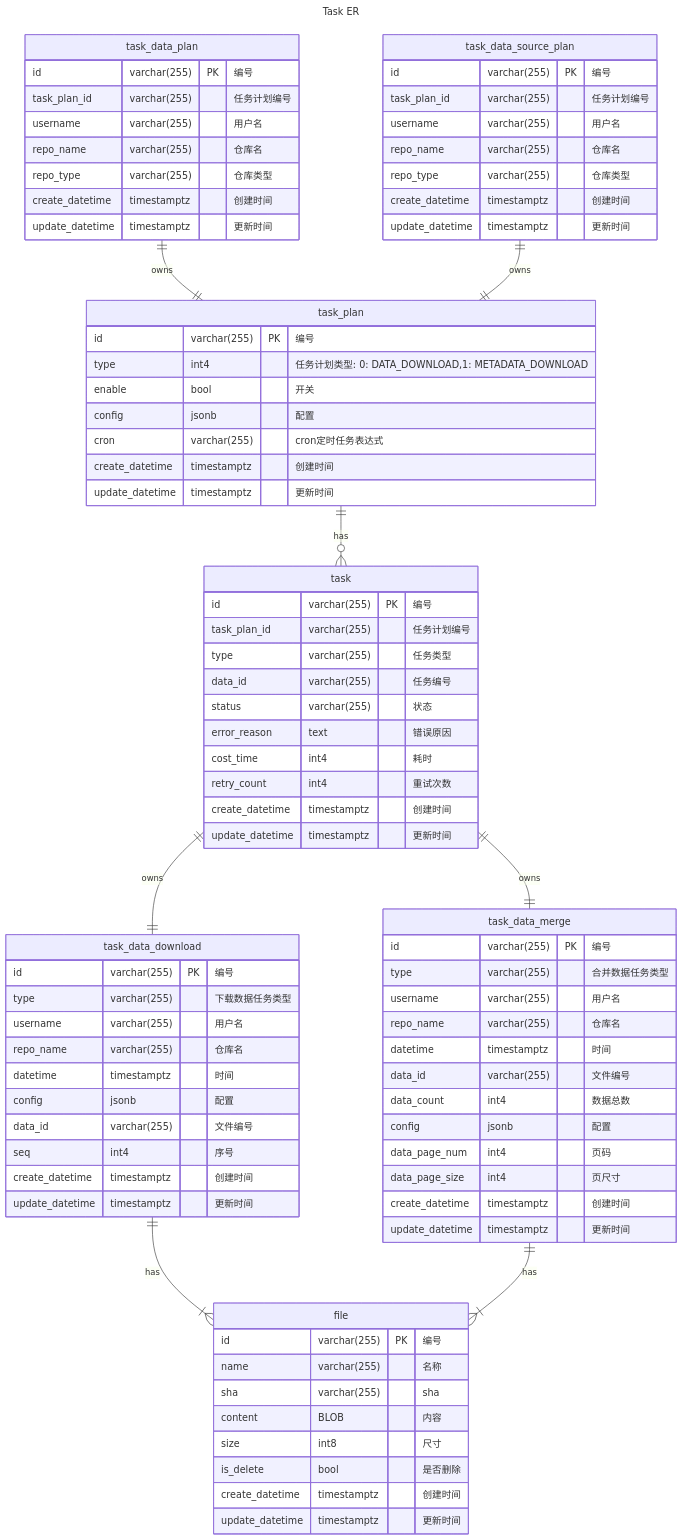
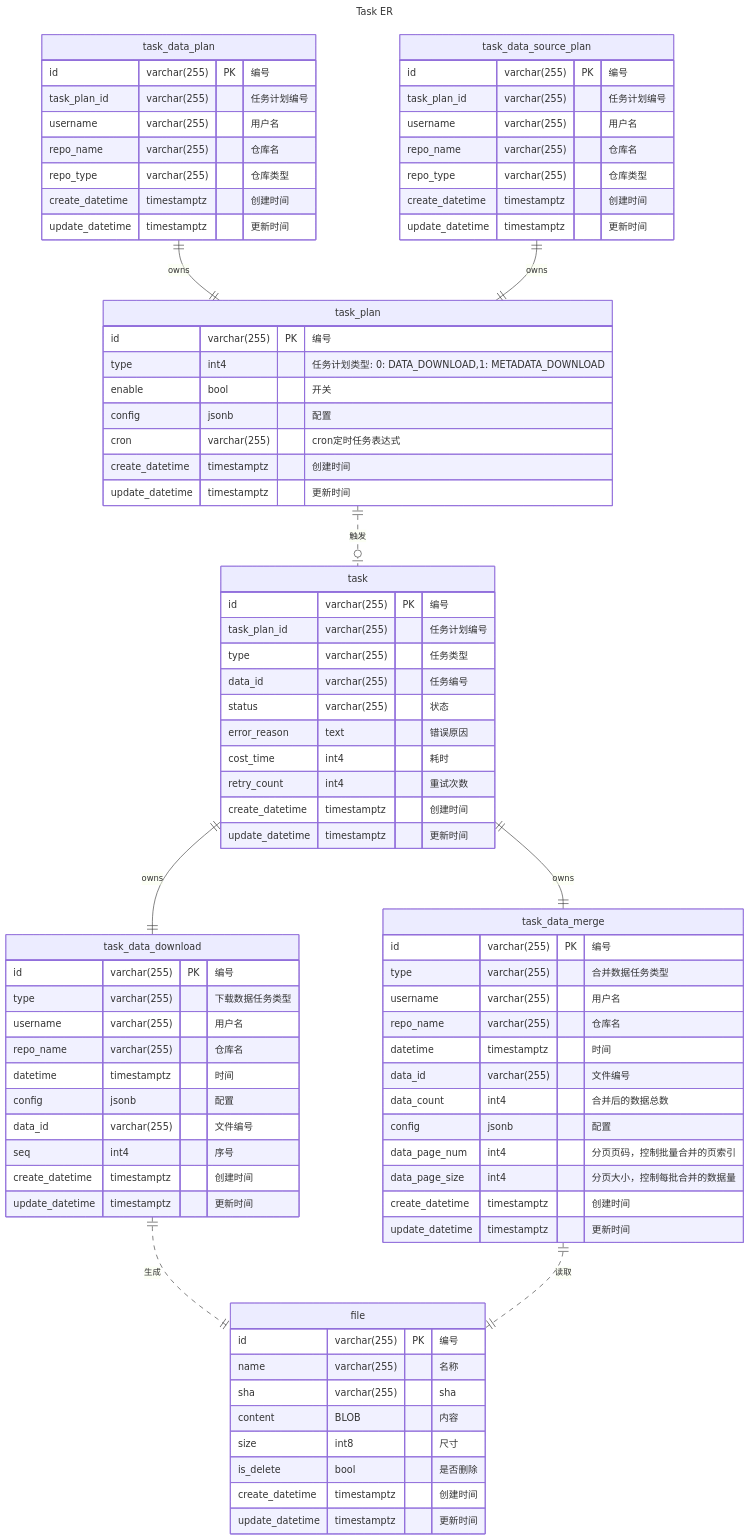
The fourth of 5 diagrams in docs/src/development/server/core_logic_flow.md (lastsunday/job-hunting), drawn with Mermaid before and after one commit. The commit also changed other lines of this file, not shown here.

Commit message:
docs(server): refactor core logic flow and add detail info

```diff
--- a/docs/src/development/server/core_logic_flow.md
+++ b/docs/src/development/server/core_logic_flow.md
@@ -252,7 +273,7 @@
       create_datetime timestamptz "创建时间"
       update_datetime timestamptz "更新时间"
     }
-    task_plan ||--o{ task : has
+    task_plan ||..o| task : "触发"
     task{
       id varchar(255) PK "编号"
       task_plan_id varchar(255) "任务计划编号"
@@ -306,15 +327,15 @@
       repo_name varchar(255) "仓库名"
       datetime timestamptz "时间"
       data_id varchar(255) "文件编号"
-      data_count int4 "数据总数"
+      data_count int4 "合并后的数据总数"
       config jsonb "配置"
-      data_page_num int4 "页码"
-      data_page_size int4 "页尺寸"
+      data_page_num int4 "分页页码，控制批量合并的页索引"
+      data_page_size int4 "分页大小，控制每批合并的数据量"
       create_datetime timestamptz "创建时间"
       update_datetime timestamptz "更新时间"
     }
-    task_data_download||--|{ file: has
-    task_data_merge ||--|{ file: has
+    task_data_download ||..|| file : "生成"
+    task_data_merge ||..|| file : "读取"
     file{
       id varchar(255) PK "编号"
       name varchar(255) "名称"
```
